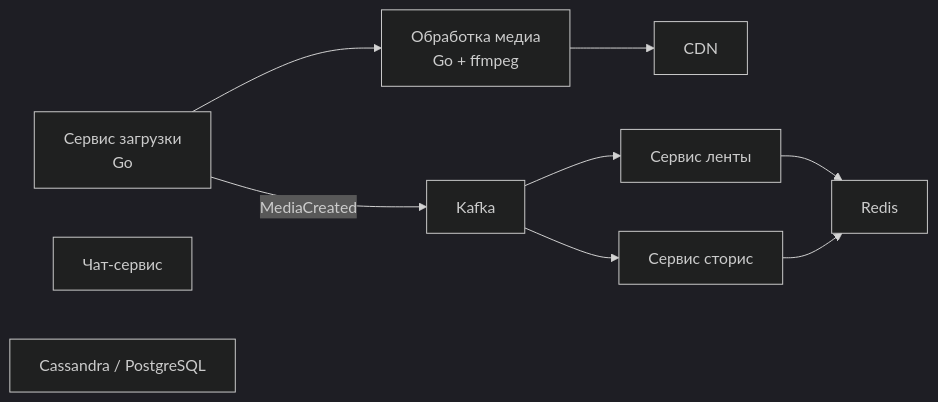
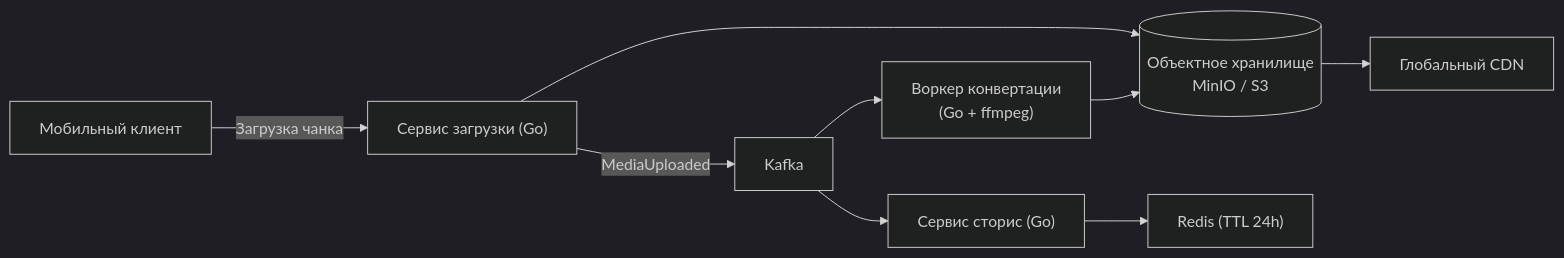
One commit to UnrealTemplier/go-textbook changed the sixth of 10 diagrams in sources/11. Архитектура и System Design/52. Разбор типичных System Design задач.md. Above: the diagram before and after it, drawn with Mermaid (dark theme). The commit also changed other lines of this file, not shown here.

````diff
--- a/sources/11. Архитектура и System Design/52. Разбор типичных System Design задач.md
+++ b/sources/11. Архитектура и System Design/52. Разбор типичных System Design задач.md
@@ -265,16 +312,15 @@
 ```mermaid
 flowchart LR
-    UploadSvc["Сервис загрузки<br>Go"]
-    MediaProc["Обработка медиа<br>Go + ffmpeg"]
-    CDN["CDN"]
-    FeedSvc["Сервис ленты"]
-    StorySvc["Сервис сторис"]
-    ChatSvc["Чат-сервис"]
-    DB["Cassandra / PostgreSQL"]
-    Redis["Redis"]
+    Client["Мобильный клиент"]
+    UploadSvc["Сервис загрузки (Go)"]
+    MediaProc["Воркер конвертации<br>(Go + ffmpeg)"]
+    S3[("Объектное хранилище<br>MinIO / S3")]
+    CDN["Глобальный CDN"]
+    StorySvc["Сервис сторис (Go)"]
+    Redis["Redis (TTL 24h)"]
 
-    UploadSvc --> MediaProc --> CDN
-    UploadSvc -->|"MediaCreated"| Kafka
-    Kafka --> FeedSvc --> Redis
+    Client -->|"Загрузка чанка"| UploadSvc --> S3
+    UploadSvc -->|"MediaUploaded"| Kafka
+    Kafka --> MediaProc --> S3 --> CDN
     Kafka --> StorySvc --> Redis
 ```
````
